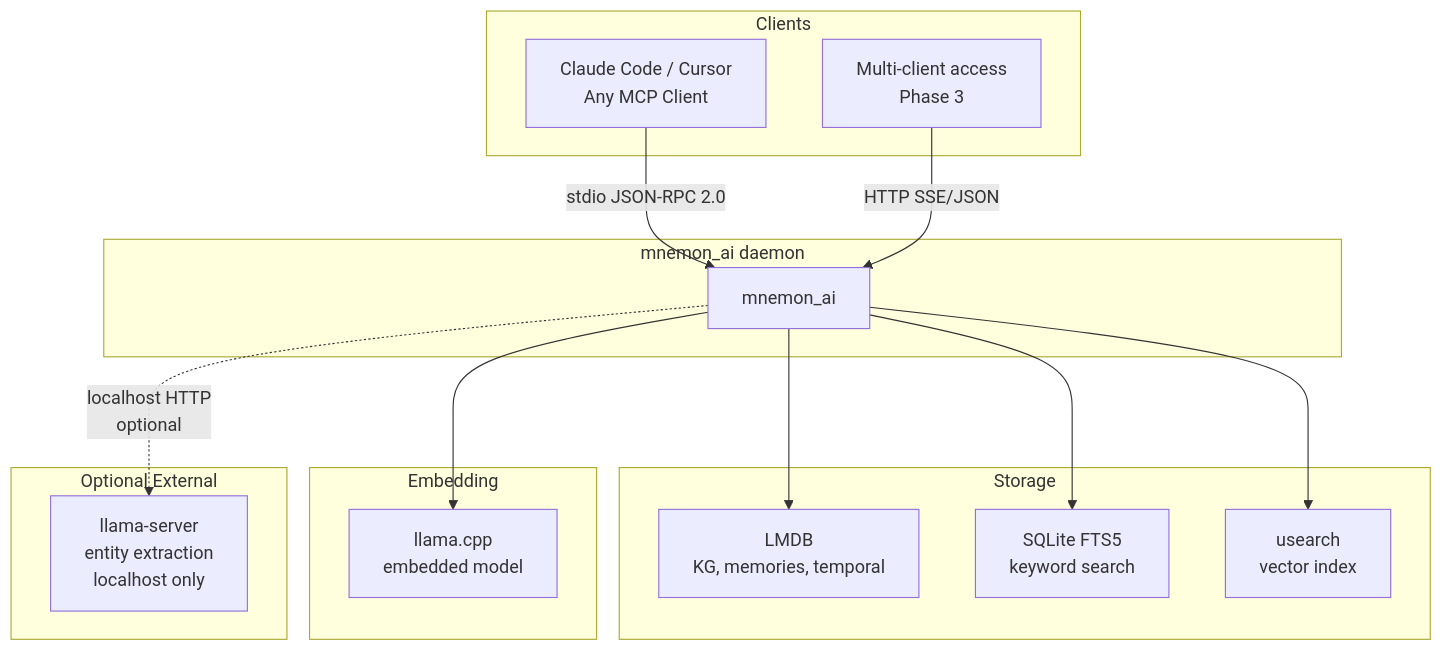
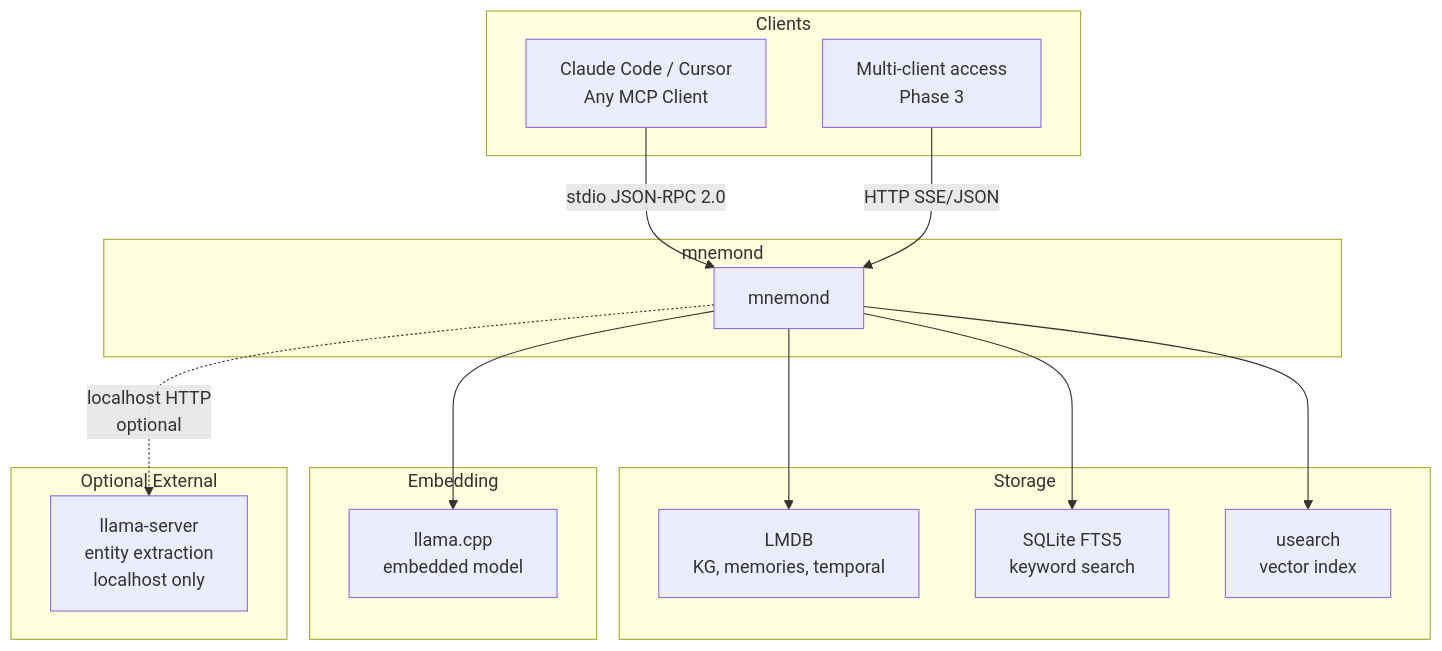
The first of 9 diagrams in doc/ARCHITECTURE.md (rondilley/MnemonAI), drawn with Mermaid before and after one commit. The commit also changed other lines of this file and 23 other files, not shown here.

````diff
--- a/doc/ARCHITECTURE.md
+++ b/doc/ARCHITECTURE.md
@@ -39,33 +39,33 @@
 ```mermaid
 graph TB
     subgraph Clients
         CC[Claude Code / Cursor<br/>Any MCP Client]
         MC[Multi-client access<br/>Phase 3]
     end
 
-    subgraph "mnemon_ai daemon"
-        D[mnemon_ai]
+    subgraph "mnemond"
+        D[mnemond]
     end
 
     subgraph Storage
         LMDB[LMDB<br/>KG, memories, temporal]
         FTS[SQLite FTS5<br/>keyword search]
         US[usearch<br/>vector index]
     end
 
     subgraph "Embedding"
         LLAMA[llama.cpp<br/>embedded model]
     end
 
     subgraph "Optional External"
         LS[llama-server<br/>entity extraction<br/>localhost only]
     end
 
     CC -- "stdio JSON-RPC 2.0" --> D
     MC -- "HTTP SSE/JSON" --> D
     D --> LMDB
     D --> FTS
     D --> US
     D --> LLAMA
     D -. "localhost HTTP<br/>optional" .-> LS
 ```
````
